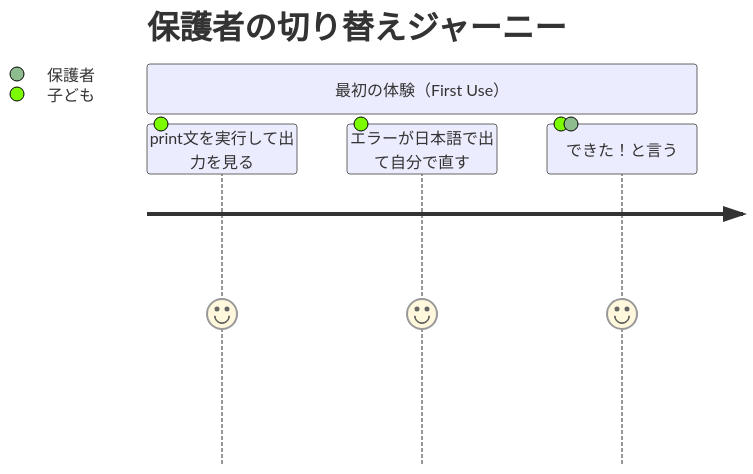
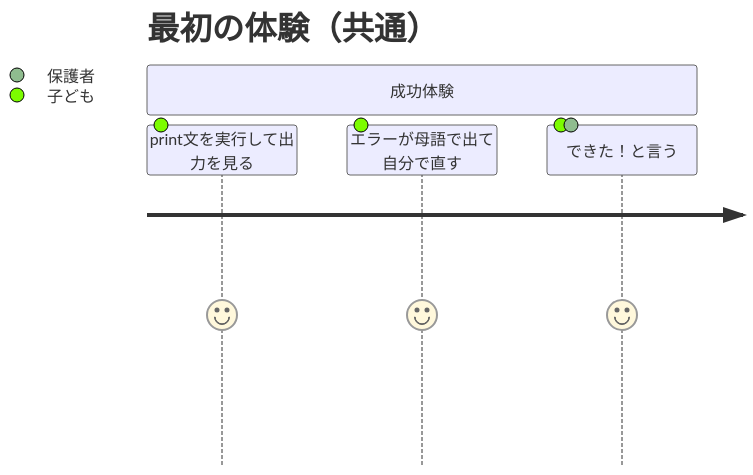
One commit to tatsuro-ueda/kids-python changed diagram 13 of 17 in docs/customer-problems.md. Above: the diagram before and after it, drawn with Mermaid. The commit also changed other lines of this file and 1 other file, not shown here.

````diff
--- a/docs/customer-problems.md
+++ b/docs/customer-problems.md
@@ -281,8 +332,8 @@
 ```mermaid
 journey
-    title 保護者の切り替えジャーニー
-    section 最初の体験（First Use）
+    title 最初の体験（共通）
+    section 成功体験
       print文を実行して出力を見る: 5: 子ども
-      エラーが日本語で出て自分で直す: 5: 子ども
+      エラーが母語で出て自分で直す: 5: 子ども
       できた！と言う: 5: 子ども, 保護者
 ```
````
